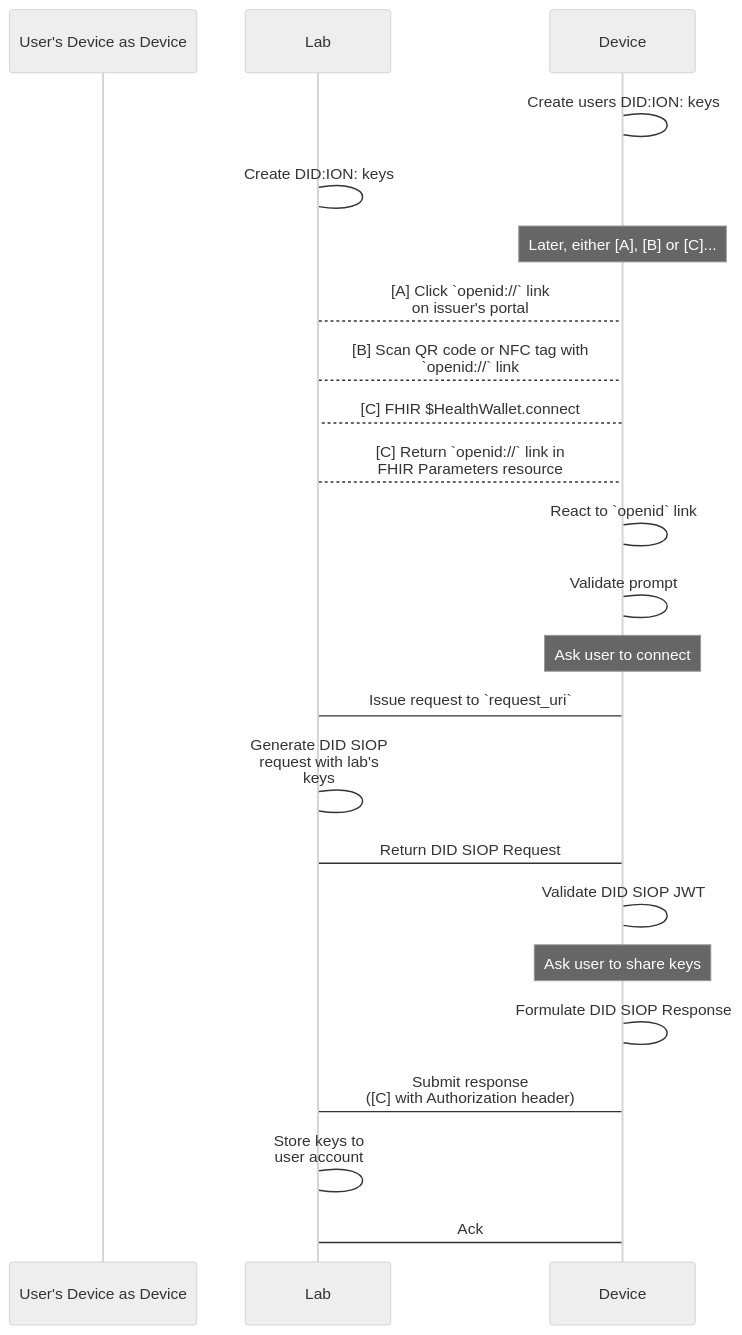
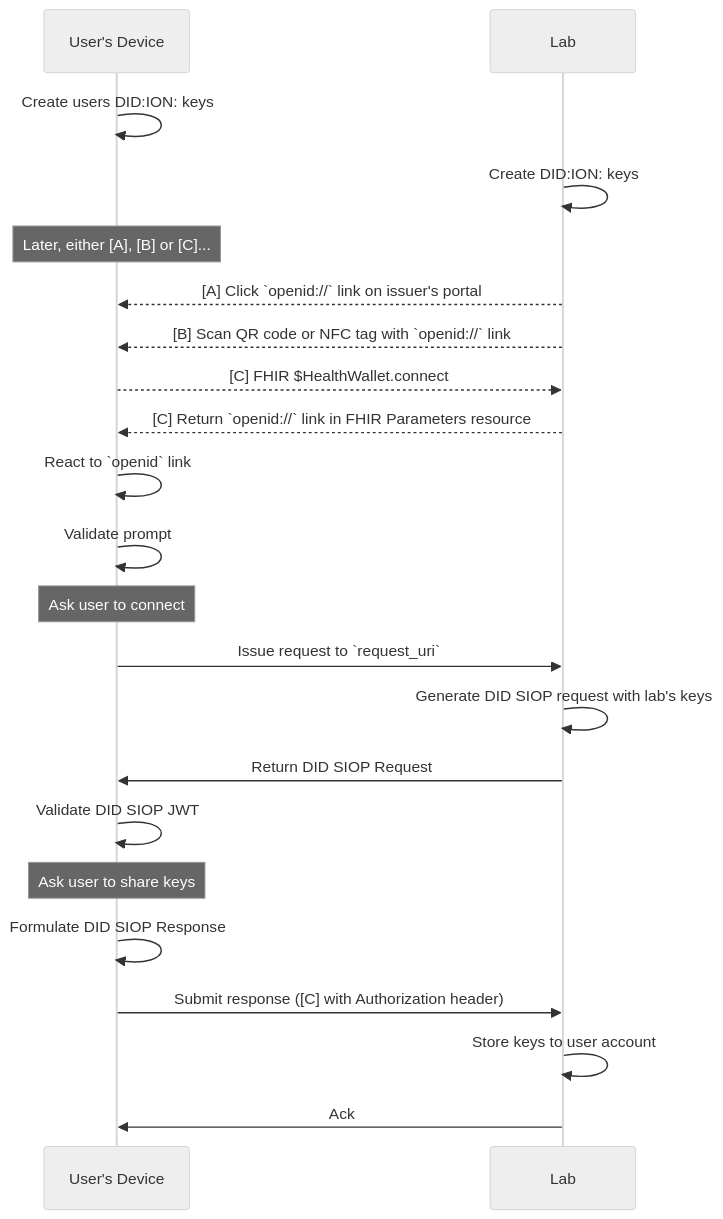
Before and after one commit to smart-on-fhir/health-cards: the first of 4 diagrams in docs/index.md, drawn with Mermaid (neutral theme). The commit also changed other lines of this file, not shown here.

````diff
--- a/docs/index.md
+++ b/docs/index.md
@@ -155,29 +157,29 @@
 ```mermaid
 sequenceDiagram
 
-participant User's Device as Device
+participant Device as User's Device
 participant Lab
 
-Device -> Device: Create users DID:ION: keys
-Lab -> Lab: Create DID:ION: keys
+Device ->> Device: Create users DID:ION: keys
+Lab ->> Lab: Create DID:ION: keys
 
 note over Device: Later, either [A], [B] or [C]...
-Lab --> Device: [A] Click `openid://` link<br>on issuer's portal
-Lab --> Device: [B] Scan QR code or NFC tag with<br>`openid://` link
-Device --> Lab: [C] FHIR $HealthWallet.connect
-Lab --> Device: [C] Return `openid://` link in<br>FHIR Parameters resource
-Device -> Device: React to `openid` link
-Device -> Device: Validate prompt
+Lab -->> Device: [A] Click `openid://` link on issuer's portal
+Lab -->> Device: [B] Scan QR code or NFC tag with `openid://` link
+Device -->> Lab: [C] FHIR $HealthWallet.connect
+Lab -->> Device: [C] Return `openid://` link in FHIR Parameters resource
+Device ->> Device: React to `openid` link
+Device ->> Device: Validate prompt
 
 note over Device: Ask user to connect
-Device -> Lab: Issue request to `request_uri`
-Lab -> Lab: Generate DID SIOP<br>request with lab's<br>keys
-Lab -> Device: Return DID SIOP Request
-Device -> Device: Validate DID SIOP JWT
+Device ->> Lab: Issue request to `request_uri`
+Lab ->> Lab: Generate DID SIOP request with lab's keys
+Lab ->> Device: Return DID SIOP Request
+Device ->> Device: Validate DID SIOP JWT
 
 note over Device: Ask user to share keys
-Device -> Device: Formulate DID SIOP Response
-Device -> Lab: Submit response<br>([C] with Authorization header)
-Lab -> Lab: Store keys to<br>user account
-Lab -> Device: Ack
+Device ->> Device: Formulate DID SIOP Response
+Device ->> Lab: Submit response ([C] with Authorization header)
+Lab ->> Lab: Store keys to user account
+Lab ->> Device: Ack
 ```
````
